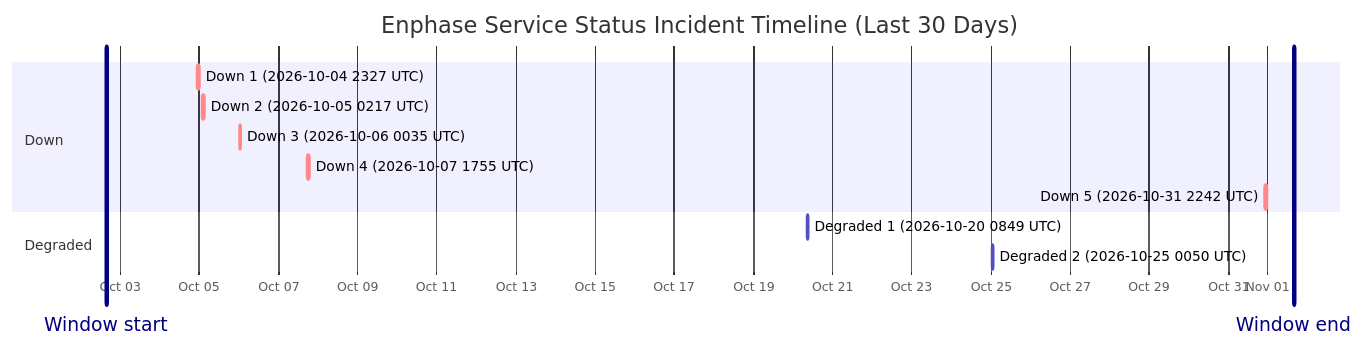
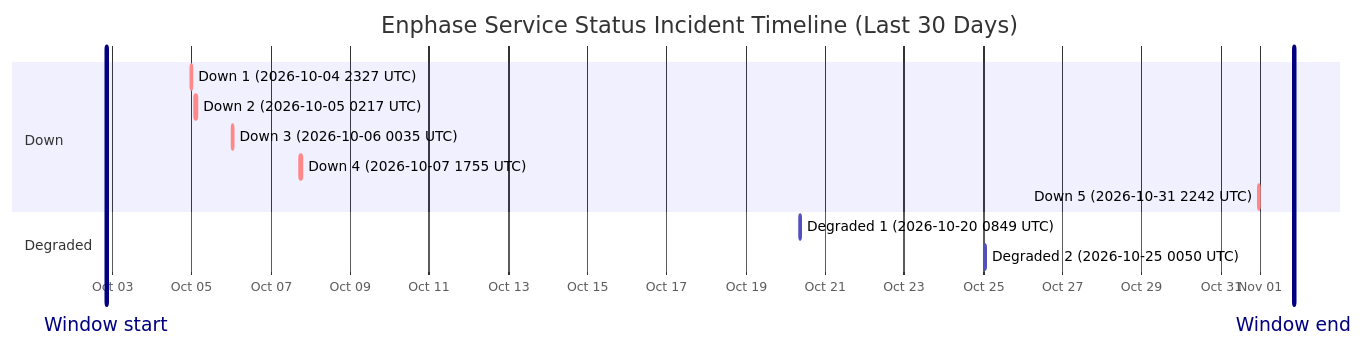
The diagram in wiki/Service-Status-History.md (barneyonline/ha-enphase-energy), drawn with Mermaid before and after one commit. The commit also changed other lines of this file and 3 other files, not shown here.

````diff
--- a/wiki/Service-Status-History.md
+++ b/wiki/Service-Status-History.md
@@ -14,17 +14,17 @@
 ```mermaid
 gantt
     title Enphase Service Status Incident Timeline (Last 30 Days)
     dateFormat  YYYY-MM-DDTHH:mm:ss
     axisFormat  %b %d
-    Window start :vert, window-start, 2026-10-02T15:45:42, 0ms
-    Window end :vert, window-end, 2026-11-01T15:45:42, 0ms
+    Window start :vert, window-start, 2026-10-02T20:11:21, 0ms
+    Window end :vert, window-end, 2026-11-01T20:11:21, 0ms
     section Down
     Down 1 (2026-10-04 2327 UTC) :crit, down-1, 2026-10-04T23:27:34, 60m
     Down 2 (2026-10-05 0217 UTC) :crit, down-2, 2026-10-05T02:17:30, 60m
     Down 3 (2026-10-06 0035 UTC) :crit, down-3, 2026-10-06T00:35:21, 60m
     Down 4 (2026-10-07 1755 UTC) :crit, down-4, 2026-10-07T17:55:16, 60m
     Down 5 (2026-10-31 2242 UTC) :crit, down-5, 2026-10-31T22:42:18, 60m
     section Degraded
     Degraded 1 (2026-10-20 0849 UTC) :active, degraded-1, 2026-10-20T08:49:49, 60m
     Degraded 2 (2026-10-25 0050 UTC) :active, degraded-2, 2026-10-25T00:50:01, 60m
 ```
````
